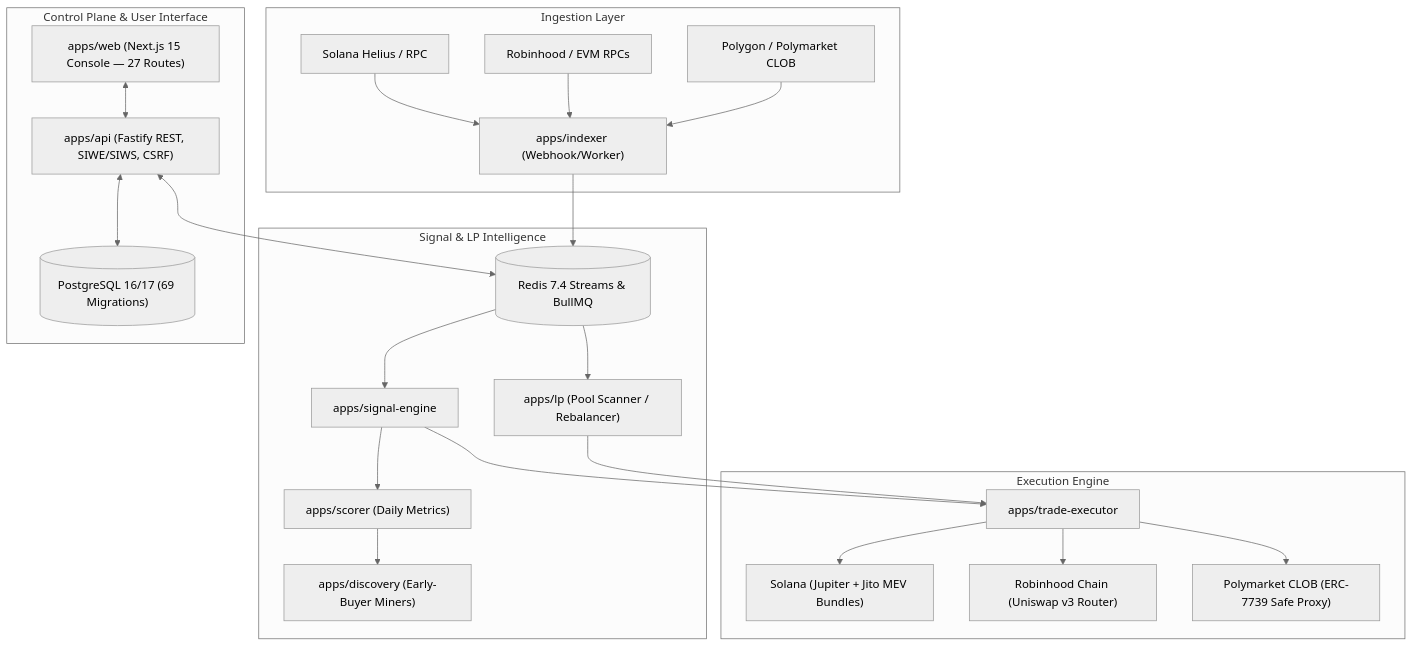
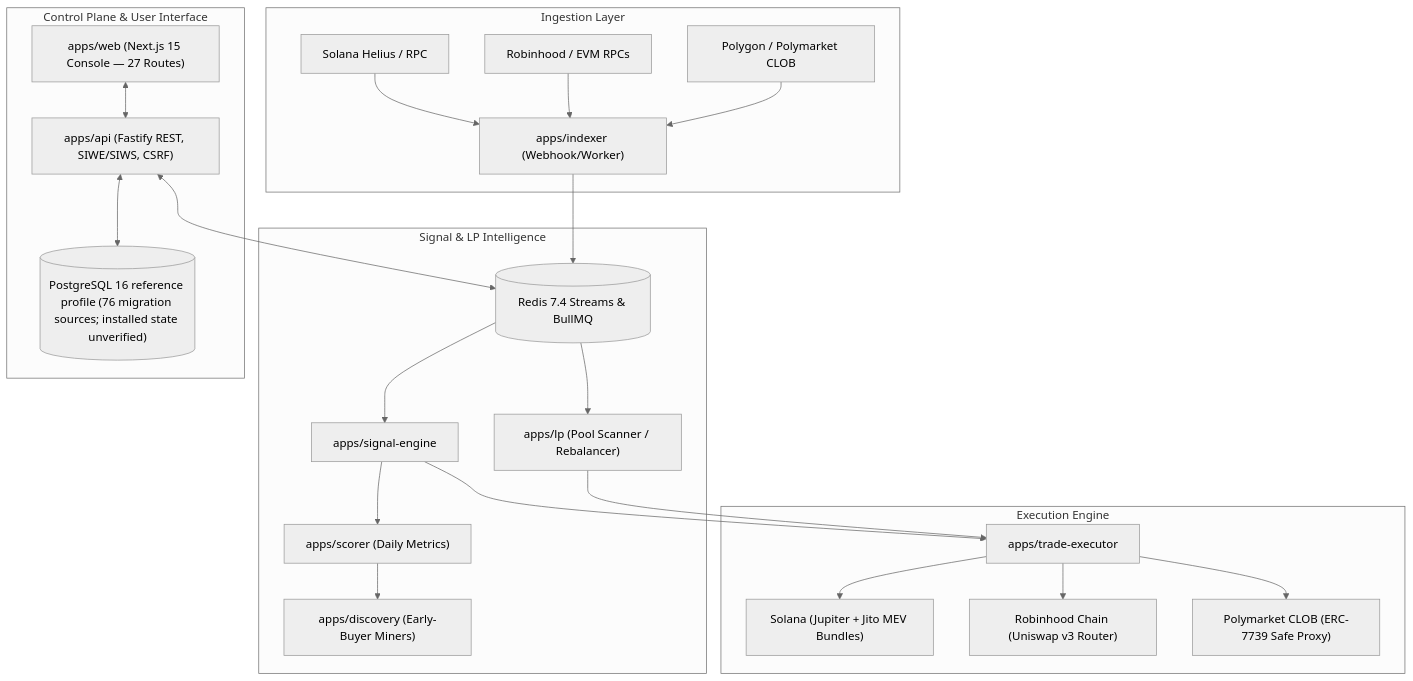
The diagram in DEPLOYMENT.md (xamie01/SWAT), drawn with Mermaid (neutral theme) before and after one commit. The commit also changed other lines of this file and 694 other files, not shown here.

````diff
--- a/DEPLOYMENT.md
+++ b/DEPLOYMENT.md
@@ -37,33 +37,33 @@
 ```mermaid
 flowchart TD
     subgraph Ingestion ["Ingestion Layer"]
         SOL["Solana Helius / RPC"] --> IDX["apps/indexer (Webhook/Worker)"]
         EVM["Robinhood / EVM RPCs"] --> IDX
         POLY["Polygon / Polymarket CLOB"] --> IDX
     end
 
     subgraph Intelligence ["Signal & LP Intelligence"]
         IDX --> REDIS[("Redis 7.4 Streams & BullMQ")]
         REDIS --> SIG["apps/signal-engine"]
         REDIS --> LP["apps/lp (Pool Scanner / Rebalancer)"]
         SIG --> SCORER["apps/scorer (Daily Metrics)"]
         SCORER --> DISC["apps/discovery (Early-Buyer Miners)"]
     end
 
     subgraph Execution ["Execution Engine"]
         SIG --> TRADE["apps/trade-executor"]
         LP --> TRADE
         TRADE --> JITO["Solana (Jupiter + Jito MEV Bundles)"]
         TRADE --> RH["Robinhood Chain (Uniswap v3 Router)"]
         TRADE --> CLOB["Polymarket CLOB (ERC-7739 Safe Proxy)"]
     end
 
     subgraph ControlPlane ["Control Plane & User Interface"]
         API["apps/api (Fastify REST, SIWE/SIWS, CSRF)"]
         WEB["apps/web (Next.js 15 Console — 27 Routes)"]
-        DB[("PostgreSQL 16/17 (69 Migrations)")]
+        DB[("PostgreSQL 16 reference profile (76 migration sources; installed state unverified)")]
         API <--> DB
         API <--> REDIS
         WEB <--> API
     end
 ```
````
